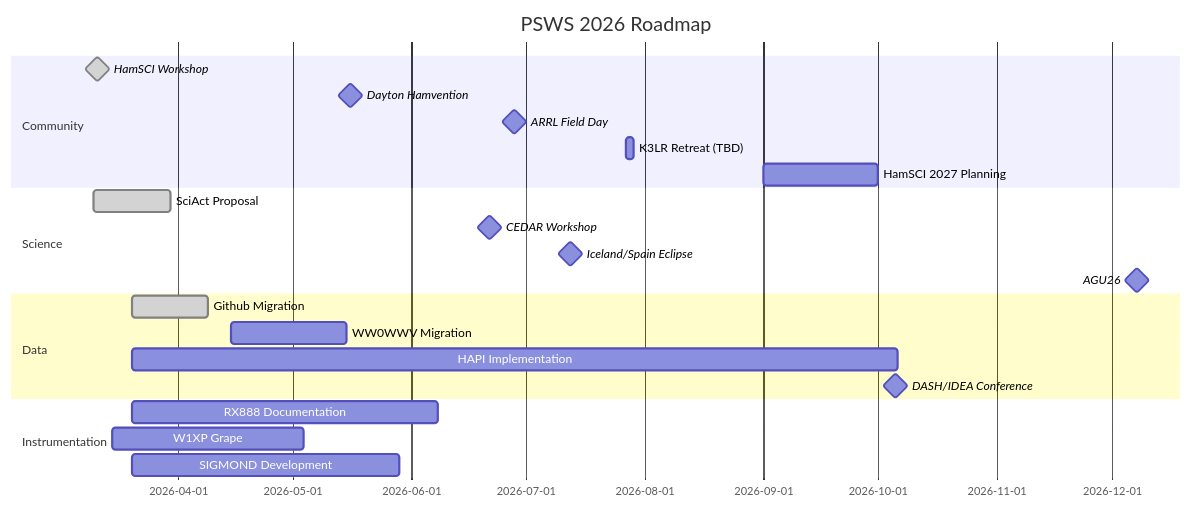
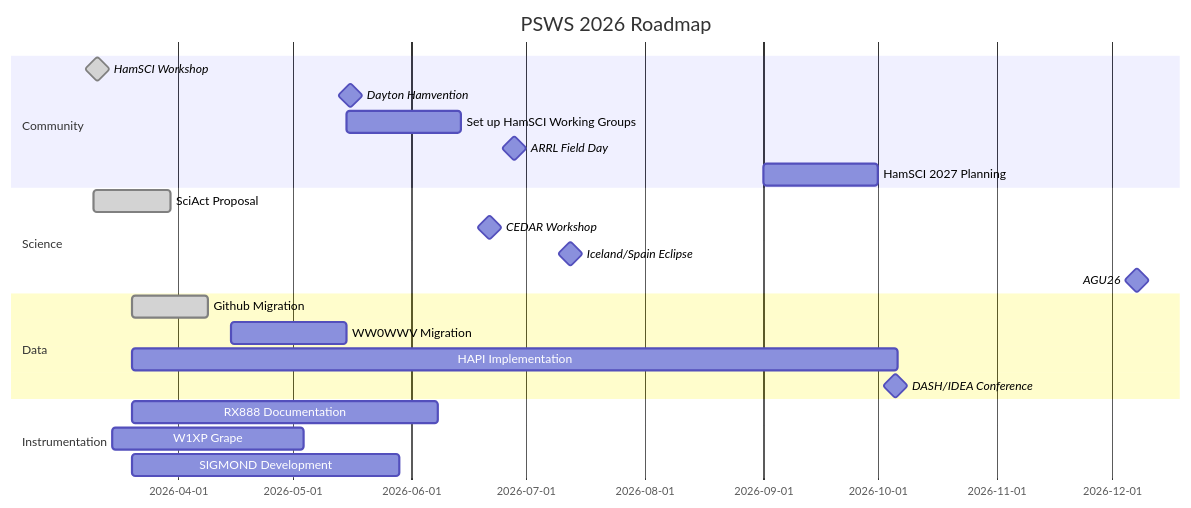
One commit to HamSCI/psws-charette changed the diagram in HamSCI_2026_Gantt.md. Above: the diagram before and after it, drawn with Mermaid.

````diff
--- a/HamSCI_2026_Gantt.md
+++ b/HamSCI_2026_Gantt.md
@@ -1,29 +1,30 @@
 ```mermaid
 gantt
     title PSWS 2026 Roadmap
     dateFormat YYYY-MM
 section Community
         HamSCI Workshop       : done, milestone, hamsci, 2026-03-10, 2d 
         Dayton Hamvention       : milestone, hamvention, 2026-05-15, 2d
+        Set up HamSCI Working Groups       : wg, 2026-05-15, 30d
         ARRL Field Day       : milestone, fieldday, 2026-06-27, 2d
-        K3LR Retreat (TBD):        k3lr, 2026-07-27, 2d
+        %% K3LR Retreat (TBD):        k3lr, 2026-07-27, 2d
         HamSCI 2027 Planning       : planning, 2026-09-01, 30d 
                                 
 section Science
        SciAct Proposal    :done, sciact, 2026-03-10, 20d
         CEDAR Workshop    : milestone, CEDAR, 2026-06-21, 1d 
         Iceland/Spain Eclipse       : milestone, Eclipse, 2026-07-12, 1d
 AGU26       : milestone, AGu26, 2026-12-07, 1d 
 section Data
         Github Migration    :done, req1, 2026-03-20, 20d
                 WW0WWV Migration    :ww0wwv, 2026-04-15, 30d
                 HAPI Implementation    :hapi, 2026-03-20, 200d
        DASH/IDEA Conference      : milestone, DASH, 2026-10-05, 1d
 
                 
 section Instrumentation
         RX888 Documentation    :rx888, 2026-03-20, 80d
         W1XP Grape :rx888, 2026-03-15, 50d
         SIGMOND Development    :sigmond, 2026-03-20, 70d
 
 ```
````
